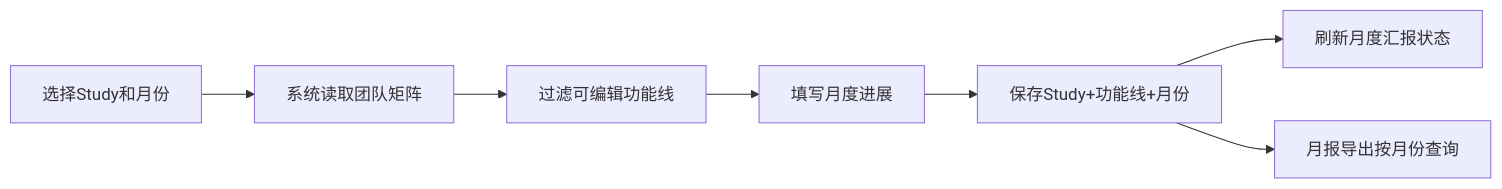
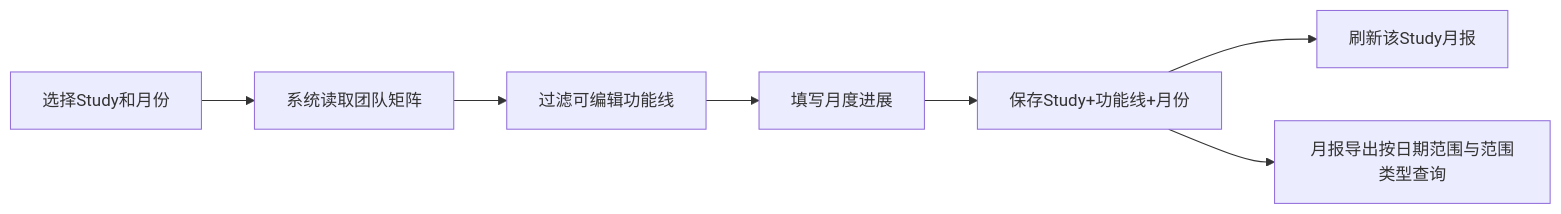
One commit to hero945/int-service-study-management changed the second of 3 diagrams in docs/临床研发管线管理系统_PRD_v1.0.md. Above: the diagram before and after it, drawn with Mermaid. The commit also changed other lines of this file and 9 other files, not shown here.

````diff
--- a/docs/临床研发管线管理系统_PRD_v1.0.md
+++ b/docs/临床研发管线管理系统_PRD_v1.0.md
@@ -556,9 +577,9 @@
 ```mermaid
 flowchart LR
   A[选择Study和月份] --> B[系统读取团队矩阵]
   B --> C[过滤可编辑功能线]
   C --> D[填写月度进展]
   D --> E[保存Study+功能线+月份]
-  E --> F[刷新月度汇报状态]
-  E --> G[月报导出按月份查询]
+  E --> F[刷新该Study月报]
+  E --> G[月报导出按日期范围与范围类型查询]
 ```
````
